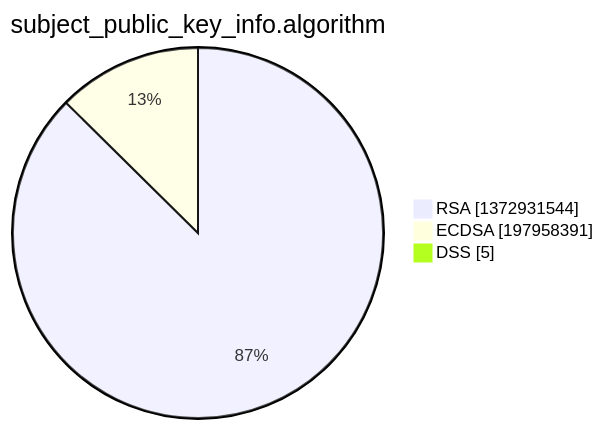
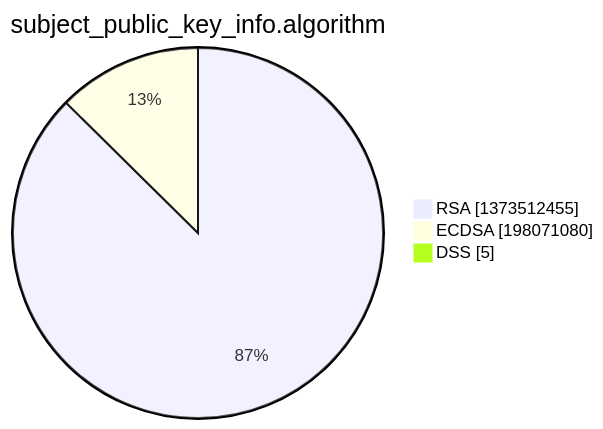
One commit to christiankrug/ctmonitor_visualization changed the third of 15 diagrams in xenon2022/README.md. Above: the diagram before and after it, drawn with Mermaid. The commit also changed other lines of this file, not shown here.

````diff
--- a/xenon2022/README.md
+++ b/xenon2022/README.md
@@ -14,7 +14,7 @@
 ```mermaid
 pie showData
 title subject_public_key_info.algorithm
-"RSA" :1372931544
-"ECDSA" :197958391
+"RSA" :1373512455
+"ECDSA" :198071080
 "DSS" :5
 ```
````
